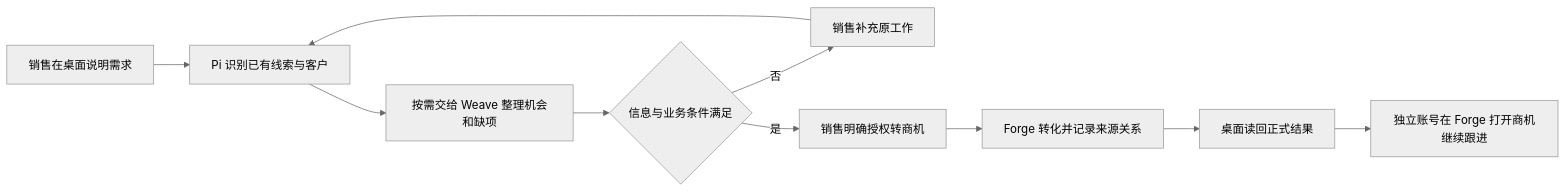
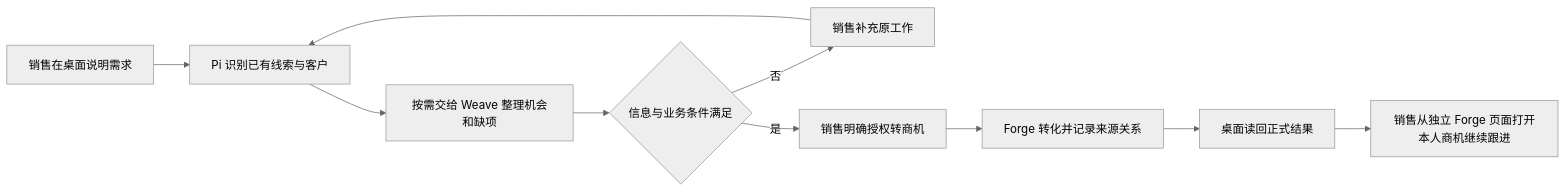
The diagram in scenarios/lead-to-opportunity/线索转商机场景设计.md (jinyitao123/weave-workbench), drawn with Mermaid (neutral theme) before and after one commit. The commit also changed other lines of this file and 5 other files, not shown here.

````diff
--- a/scenarios/lead-to-opportunity/线索转商机场景设计.md
+++ b/scenarios/lead-to-opportunity/线索转商机场景设计.md
@@ -35,12 +37,12 @@
 ```mermaid
 flowchart LR
     A[销售在桌面说明需求] --> B[Pi 识别已有线索与客户]
     B --> C[按需交给 Weave 整理机会和缺项]
     C --> D{信息与业务条件满足}
     D -- 否 --> E[销售补充原工作]
     E --> B
     D -- 是 --> F[销售明确授权转商机]
     F --> G[Forge 转化并记录来源关系]
     G --> H[桌面读回正式结果]
-    H --> I[独立账号在 Forge 打开商机继续跟进]
+    H --> I[销售从独立 Forge 页面打开本人商机继续跟进]
 ```
````
